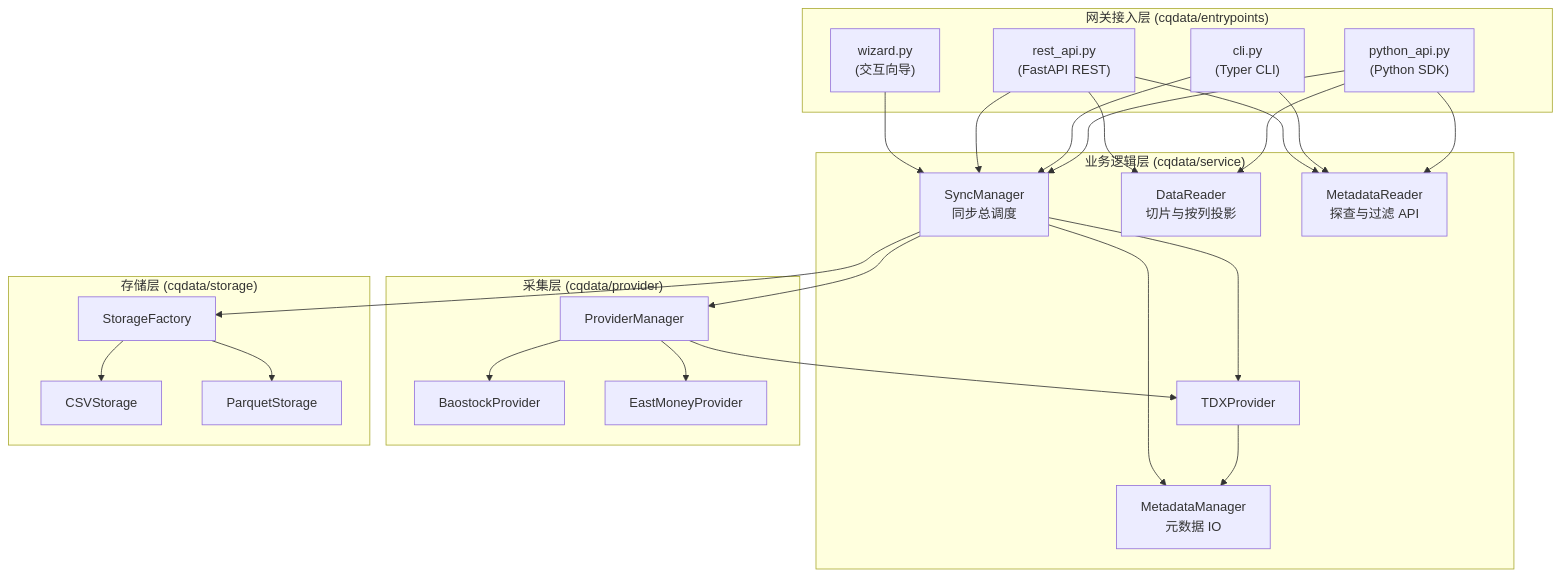
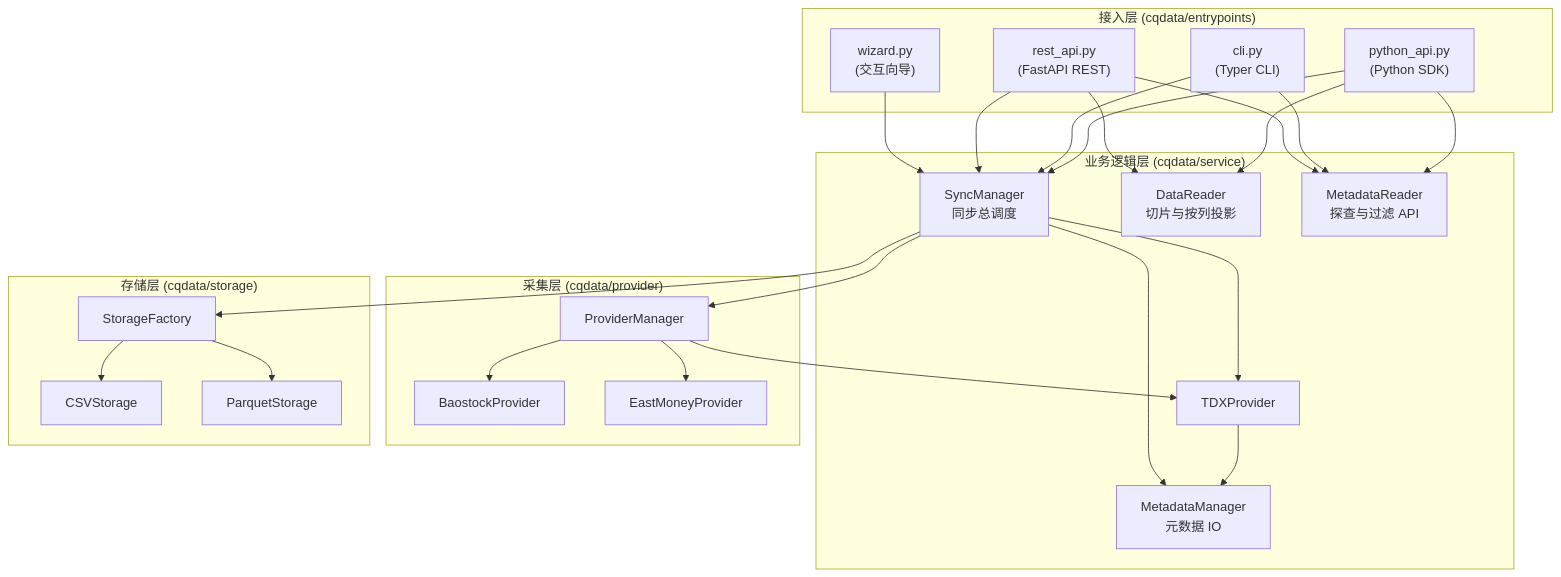
Before and after one commit to CRThu/CarrotQuant.Data: the diagram in README.md, drawn with Mermaid. The commit also changed other lines of this file and 11 other files, not shown here.

````diff
--- a/README.md
+++ b/README.md
@@ -42,51 +42,51 @@
 ```mermaid
 graph TB
-    subgraph Gateway["网关接入层 (cqdata/entrypoints)"]
+    subgraph Entrypoints["接入层 (cqdata/entrypoints)"]
         PYTHON_API["python_api.py<br/>(Python SDK)"]
         CLI["cli.py<br/>(Typer CLI)"]
         REST["rest_api.py<br/>(FastAPI REST)"]
         WIZARD["wizard.py<br/>(交互向导)"]
     end
 
     subgraph Service["业务逻辑层 (cqdata/service)"]
         SM["SyncManager<br/>同步总调度"]
         DR["DataReader<br/>切片与按列投影"]
         MR["MetadataReader<br/>探查与过滤 API"]
         TP["TaskPlanner<br/>任务规划器"]
         MM["MetadataManager<br/>元数据 IO"]
     end
 
     subgraph Provider["采集层 (cqdata/provider)"]
         PM["ProviderManager"]
         BP["BaostockProvider"]
         EP["EastMoneyProvider"]
         TP["TDXProvider"]
     end
 
     subgraph Storage["存储层 (cqdata/storage)"]
         SF["StorageFactory"]
         CSV["CSVStorage"]
         PQ["ParquetStorage"]
     end
 
     PYTHON_API --> DR
     PYTHON_API --> MR
     PYTHON_API --> SM
     CLI --> SM
     CLI --> MR
     REST --> DR
     REST --> MR
     REST --> SM
     WIZARD --> SM
 
     SM --> TP
     SM --> PM
     SM --> SF
     TP --> MM
     SM --> MM
     PM --> BP
     PM --> EP
     PM --> TP
     SF --> CSV
     SF --> PQ
 ```
````
